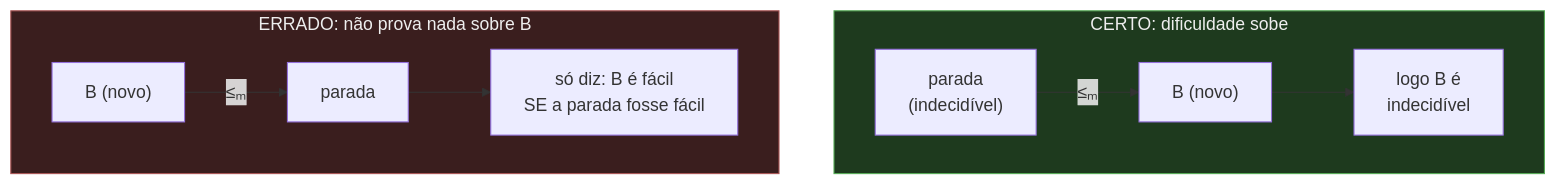
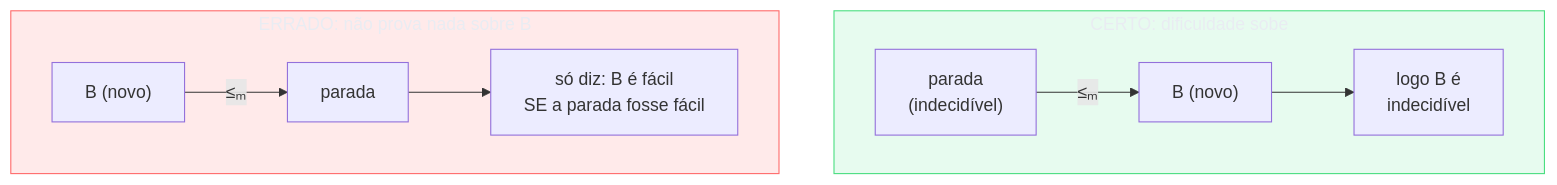
Before and after one commit to josenaldo/codex-technomanticus: the second of 3 diagrams in 03-Dominios/Ciência/Teoria da Computação/12 - Reduções e indecidibilidade em cascata.md, drawn with Mermaid. The commit also changed other lines of this file and 1181 other files, not shown here.

First line of the commit message:
fix(diagramas): paleta do sistema no lugar de cor cravada no markdown

````diff
--- a/03-Dominios/Ciência/Teoria da Computação/12 - Reduções e indecidibilidade em cascata.md
+++ b/03-Dominios/Ciência/Teoria da Computação/12 - Reduções e indecidibilidade em cascata.md
@@ -107,16 +109,18 @@
 ```mermaid
 flowchart TB
+    classDef ok fill:#4ADE8021,stroke:#4ADE80,color:#E9ECF2
+    classDef falha fill:#FF6B6B24,stroke:#FF6B6B,color:#E9ECF2
     subgraph CERTO["CERTO: dificuldade sobe"]
         direction LR
         P1["parada<br/>(indecidível)"] -->|"≤ₘ"| Bc["B (novo)"]
         Bc --> C1["logo B é<br/>indecidível"]
     end
     subgraph ERRADO["ERRADO: não prova nada sobre B"]
         direction LR
         Be["B (novo)"] -->|"≤ₘ"| P2["parada"]
         P2 --> C2["só diz: B é fácil<br/>SE a parada fosse fácil"]
     end
 
-    style CERTO fill:#1e3a1e,stroke:#5a5,color:#eee
-    style ERRADO fill:#3a1e1e,stroke:#a55,color:#eee
+    class CERTO ok
+    class ERRADO falha
 ```
````
